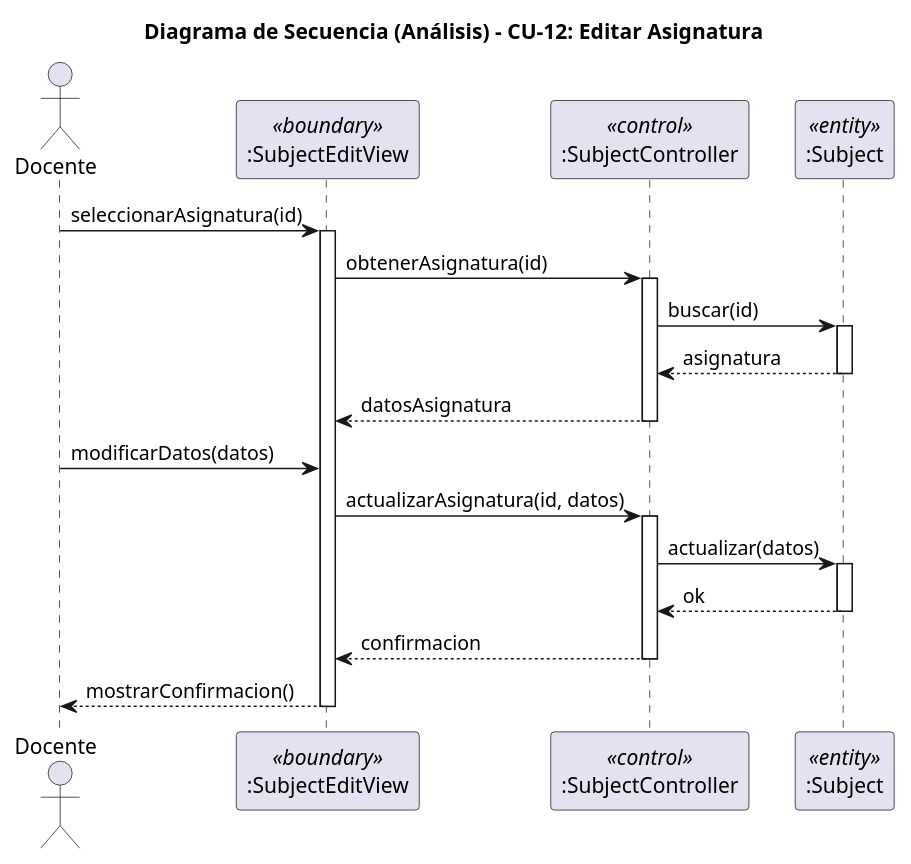
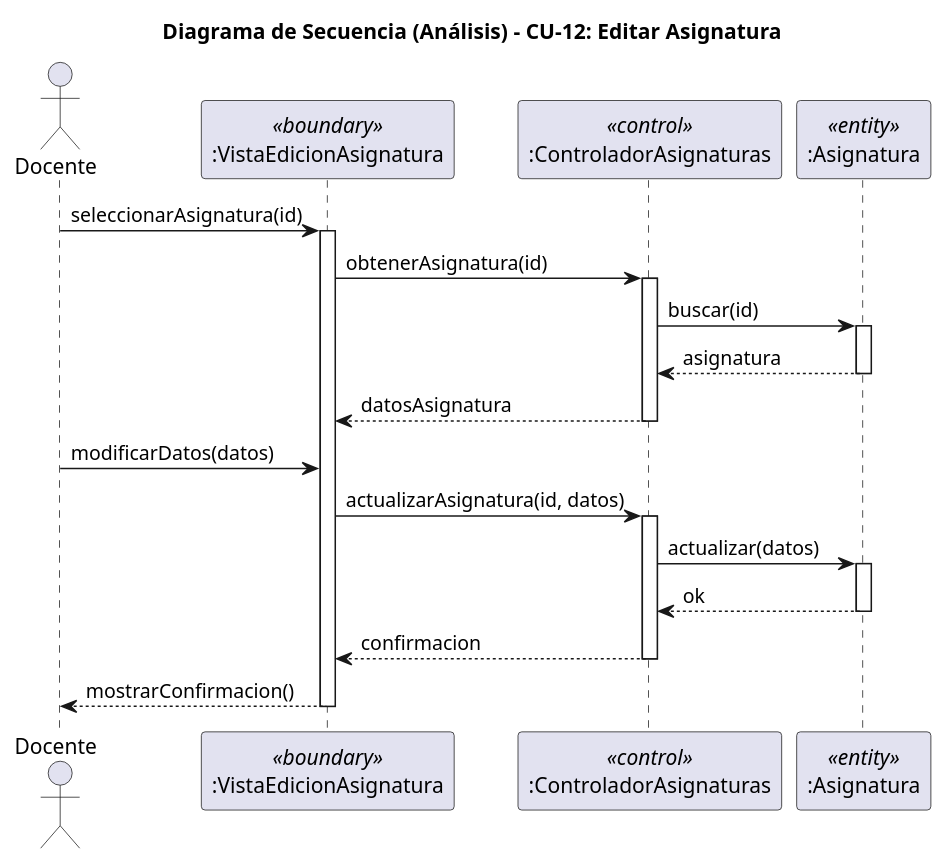
One commit to liamanderson873/25-26-idsw2-sdVC changed the diagram in RUP/01-analisis/casos-uso/CU-12-editarAsignatura/analisis-secuencia-CU-12-editarAsignatura.puml. Above: the diagram before and after it, drawn with PlantUML. The commit also changed 85 other files, not shown here.

```diff
--- a/RUP/01-analisis/casos-uso/CU-12-editarAsignatura/analisis-secuencia-CU-12-editarAsignatura.puml
+++ b/RUP/01-analisis/casos-uso/CU-12-editarAsignatura/analisis-secuencia-CU-12-editarAsignatura.puml
@@ -1,39 +1,39 @@
 @startuml cu12-editarAsignatura-analisis-secuencia
 title Diagrama de Secuencia (Análisis) - CU-12: Editar Asignatura
 
 actor "Docente" as Actor
-participant ":SubjectEditView" as Boundary <<boundary>>
-participant ":SubjectController" as Control <<control>>
-participant ":Subject" as Entity <<entity>>
+participant ":VistaEdicionAsignatura" as Boundary <<boundary>>
+participant ":ControladorAsignaturas" as Control <<control>>
+participant ":Asignatura" as Entity <<entity>>
 
 Actor -> Boundary : seleccionarAsignatura(id)
 activate Boundary
 
 Boundary -> Control : obtenerAsignatura(id)
 activate Control
 
 Control -> Entity : buscar(id)
 activate Entity
 Entity --> Control : asignatura
 deactivate Entity
 
 Control --> Boundary : datosAsignatura
 deactivate Control
 
 Actor -> Boundary : modificarDatos(datos)
 
 Boundary -> Control : actualizarAsignatura(id, datos)
 activate Control
 
 Control -> Entity : actualizar(datos)
 activate Entity
 Entity --> Control : ok
 deactivate Entity
 
 Control --> Boundary : confirmacion
 deactivate Control
 
 Boundary --> Actor : mostrarConfirmacion()
 deactivate Boundary
 
 @enduml
```
